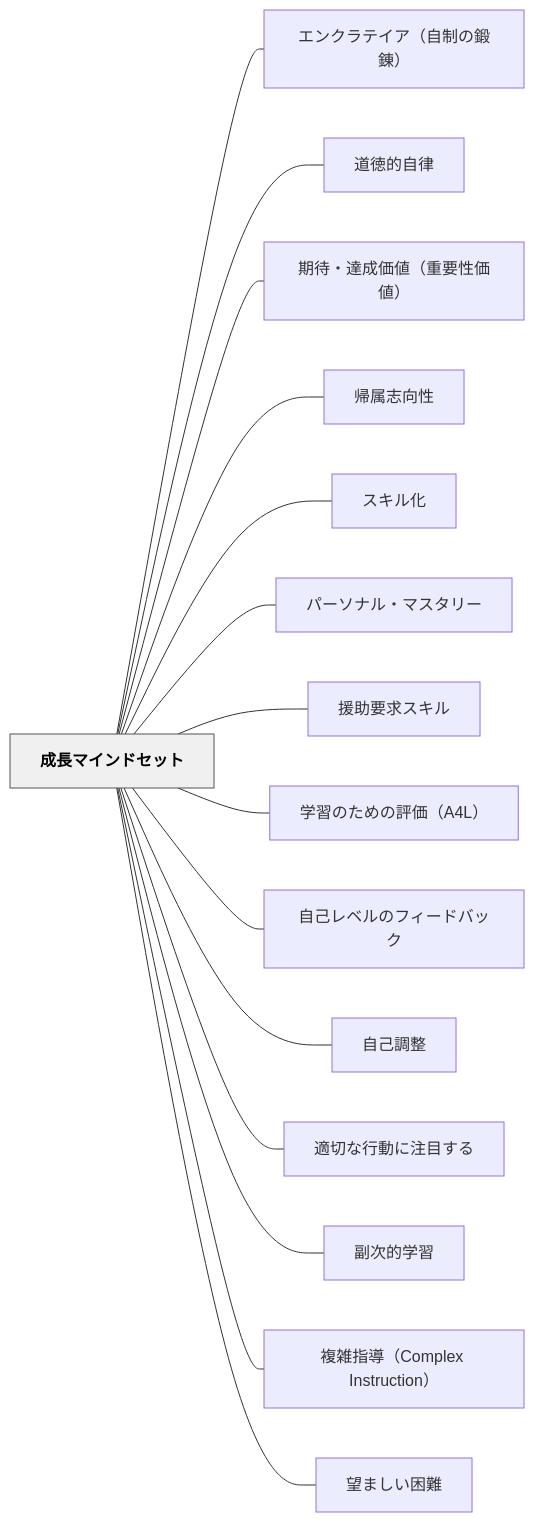
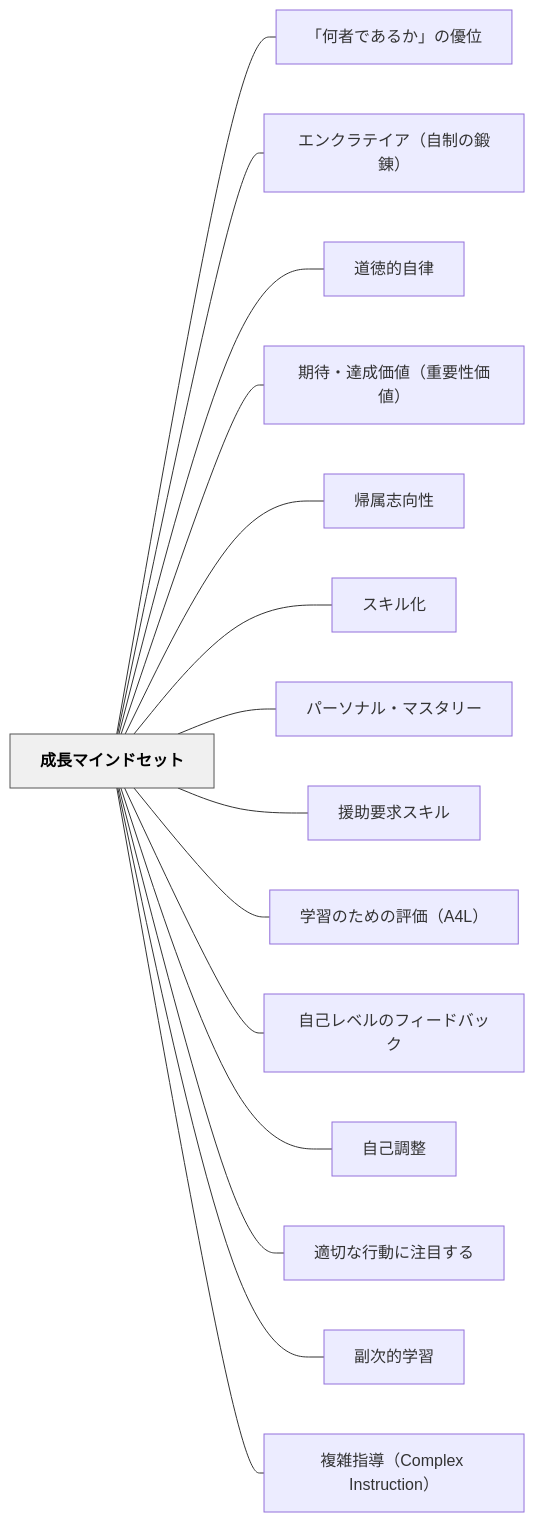
Before and after one commit to unknownthings-ed-patterns/unknownthings-ed-patterns: the diagram in content/パタン/成長マインドセット.md, drawn with Mermaid. The commit also changed other lines of this file and 21 other files, not shown here.

````diff
--- a/content/パタン/成長マインドセット.md
+++ b/content/パタン/成長マインドセット.md
@@ -125,36 +126,36 @@
 ```mermaid
 flowchart LR
     ne68890e995b7e3839ee382a4e383b3e38389e382bbe38383e38388["成長マインドセット"]
+    ne3808ce4bd95e88085e381a7e38182e3828be3818be3808de381aee584aae4bd8d["「何者であるか」の優位"]
     ne382a8e383b3e382afe383a9e38386e382a4e382a2efbc88e887aae588b6e381aee98d9be98cacefbc89["エンクラテイア（自制の鍛錬）"]
     ne98193e5beb3e79a84e887aae5be8b["道徳的自律"]
     ne69c9fe5be85e383bbe98194e68890e4bea1e580a4efbc88e9878de8a681e680a7e4bea1e580a4efbc89["期待・達成価値（重要性価値）"]
     ne5b8b0e5b19ee5bf97e59091e680a7["帰属志向性"]
     ne382b9e382ade383abe58c96["スキル化"]
     ne38391e383bce382bde3838ae383abe383bbe3839ee382b9e382bfe383aae383bc["パーソナル・マスタリー"]
     ne68fb4e58aa9e8a681e6b182e382b9e382ade383ab["援助要求スキル"]
     ne5ada6e7bf92e381aee3819fe38281e381aee8a995e4bea1efbc8841344cefbc89["学習のための評価（A4L）"]
     ne887aae5b7b1e383ace38399e383abe381aee38395e382a3e383bce38389e38390e38383e382af["自己レベルのフィードバック"]
     ne887aae5b7b1e8aabfe695b4["自己調整"]
     ne981a9e58887e381aae8a18ce58b95e381abe6b3a8e79baee38199e3828b["適切な行動に注目する"]
     ne589afe6aca1e79a84e5ada6e7bf92["副次的学習"]
     ne8a487e99b91e68c87e5b08eefbc88436f6d706c657820496e737472756374696f6eefbc89["複雑指導（Complex Instruction）"]
-    ne69c9be381bee38197e38184e59bb0e99ba3["望ましい困難"]
 
+    ne68890e995b7e3839ee382a4e383b3e38389e382bbe38383e38388 --- ne3808ce4bd95e88085e381a7e38182e3828be3818be3808de381aee584aae4bd8d
     ne68890e995b7e3839ee382a4e383b3e38389e382bbe38383e38388 --- ne382a8e383b3e382afe383a9e38386e382a4e382a2efbc88e887aae588b6e381aee98d9be98cacefbc89
     ne68890e995b7e3839ee382a4e383b3e38389e382bbe38383e38388 --- ne98193e5beb3e79a84e887aae5be8b
     ne68890e995b7e3839ee382a4e383b3e38389e382bbe38383e38388 --- ne69c9fe5be85e383bbe98194e68890e4bea1e580a4efbc88e9878de8a681e680a7e4bea1e580a4efbc89
     ne68890e995b7e3839ee382a4e383b3e38389e382bbe38383e38388 --- ne5b8b0e5b19ee5bf97e59091e680a7
     ne68890e995b7e3839ee382a4e383b3e38389e382bbe38383e38388 --- ne382b9e382ade383abe58c96
     ne68890e995b7e3839ee382a4e383b3e38389e382bbe38383e38388 --- ne38391e383bce382bde3838ae383abe383bbe3839ee382b9e382bfe383aae383bc
     ne68890e995b7e3839ee382a4e383b3e38389e382bbe38383e38388 --- ne68fb4e58aa9e8a681e6b182e382b9e382ade383ab
     ne68890e995b7e3839ee382a4e383b3e38389e382bbe38383e38388 --- ne5ada6e7bf92e381aee3819fe38281e381aee8a995e4bea1efbc8841344cefbc89
     ne68890e995b7e3839ee382a4e383b3e38389e382bbe38383e38388 --- ne887aae5b7b1e383ace38399e383abe381aee38395e382a3e383bce38389e38390e38383e382af
     ne68890e995b7e3839ee382a4e383b3e38389e382bbe38383e38388 --- ne887aae5b7b1e8aabfe695b4
     ne68890e995b7e3839ee382a4e383b3e38389e382bbe38383e38388 --- ne981a9e58887e381aae8a18ce58b95e381abe6b3a8e79baee38199e3828b
     ne68890e995b7e3839ee382a4e383b3e38389e382bbe38383e38388 --- ne589afe6aca1e79a84e5ada6e7bf92
     ne68890e995b7e3839ee382a4e383b3e38389e382bbe38383e38388 --- ne8a487e99b91e68c87e5b08eefbc88436f6d706c657820496e737472756374696f6eefbc89
-    ne68890e995b7e3839ee382a4e383b3e38389e382bbe38383e38388 --- ne69c9be381bee38197e38184e59bb0e99ba3
 
     classDef hub fill:#f0f0f0,stroke:#555,color:#000,font-weight:bold
     class ne68890e995b7e3839ee382a4e383b3e38389e382bbe38383e38388 hub
 ```
````
